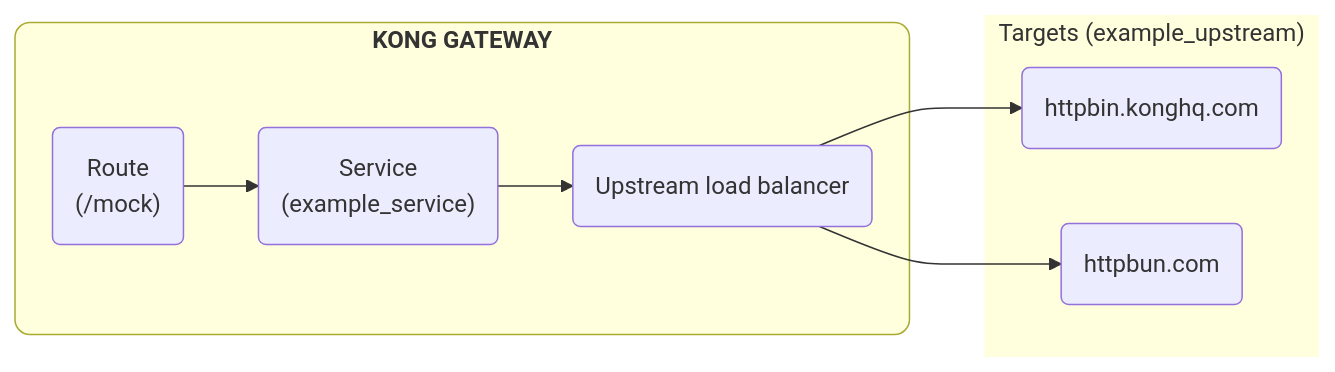
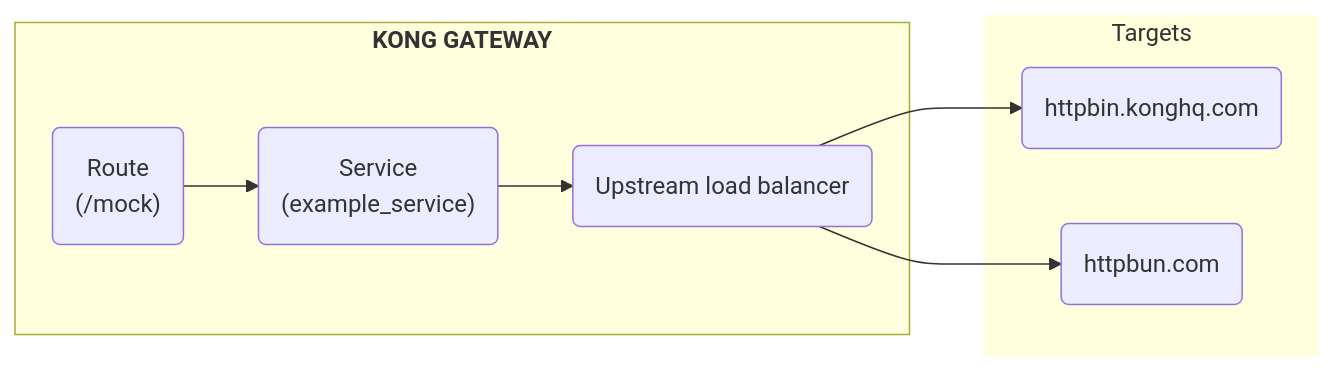
Before and after one commit to Kong/developer.konghq.com: the diagram in app/_gateway_entities/upstream.md, drawn with Mermaid. The commit also changed other lines of this file and 1 other file, not shown here.

```diff
--- a/app/_gateway_entities/upstream.md
+++ b/app/_gateway_entities/upstream.md
@@ -58,21 +58,20 @@
 {% mermaid %}
 flowchart LR
   A("`Route 
   (/mock)`")
   B("`Service
   (example_service)`")
   C(Upstream load balancer)
   D(httpbin.konghq.com)
   E(httpbun.com)
 
   subgraph id1 ["`**KONG GATEWAY**`"]
     A --> B --> C
   end
 
-  subgraph id2 ["`Targets (example_upstream)`"]
+  subgraph id2 ["`Targets`"]
     C --> D & E
   end
 
-  style id1 rx:10,ry:10
   style id2 stroke:none
 {% endmermaid %}
```
